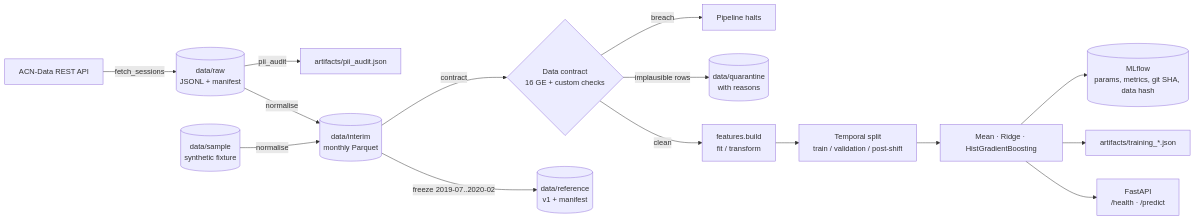
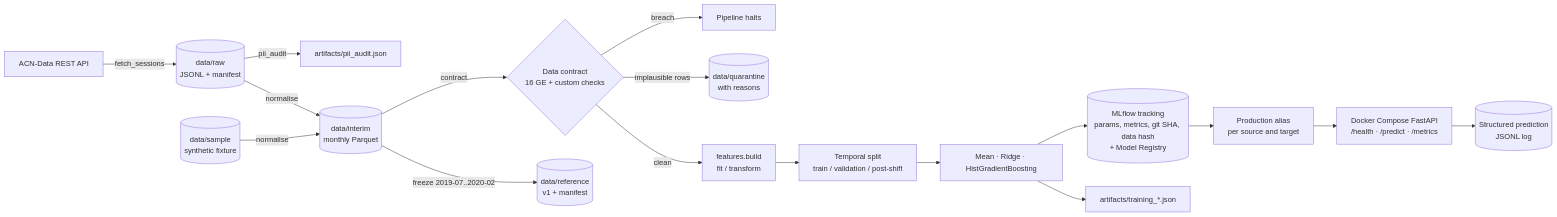
One commit to deva-prakash-j/ev-charge-mlops changed the first of 2 diagrams in docs/architecture.md. Above: the diagram before and after it, drawn with Mermaid. The commit also changed other lines of this file and 14 other files, not shown here.

````diff
--- a/docs/architecture.md
+++ b/docs/architecture.md
@@ -5,17 +5,19 @@
 ```mermaid
 flowchart LR
   A[ACN-Data REST API] -->|fetch_sessions| B[(data/raw<br/>JSONL + manifest)]
   B -->|pii_audit| E[artifacts/pii_audit.json]
   B -->|normalise| C[(data/interim<br/>monthly Parquet)]
   S[(data/sample<br/>synthetic fixture)] -->|normalise| C
   C -->|contract| D{Data contract<br/>16 GE + custom checks}
   D -->|breach| X[Pipeline halts]
   D -->|implausible rows| Q[(data/quarantine<br/>with reasons)]
   D -->|clean| F[features.build<br/>fit / transform]
   F --> G[Temporal split<br/>train / validation / post-shift]
   G --> H[Mean · Ridge · HistGradientBoosting]
-  H --> I[(MLflow<br/>params, metrics, git SHA, data hash)]
+  H --> I[(MLflow tracking<br/>params, metrics, git SHA, data hash<br/>+ Model Registry)]
   H --> J[artifacts/training_*.json]
   C -->|freeze 2019-07..2020-02| R[(data/reference<br/>v1 + manifest)]
-  H --> K[FastAPI<br/>/health · /predict]
+  I --> K[Production alias<br/>per source and target]
+  K --> L[Docker Compose FastAPI<br/>/health · /predict · /metrics]
+  L --> M[(Structured prediction<br/>JSONL log)]
 ```
````
